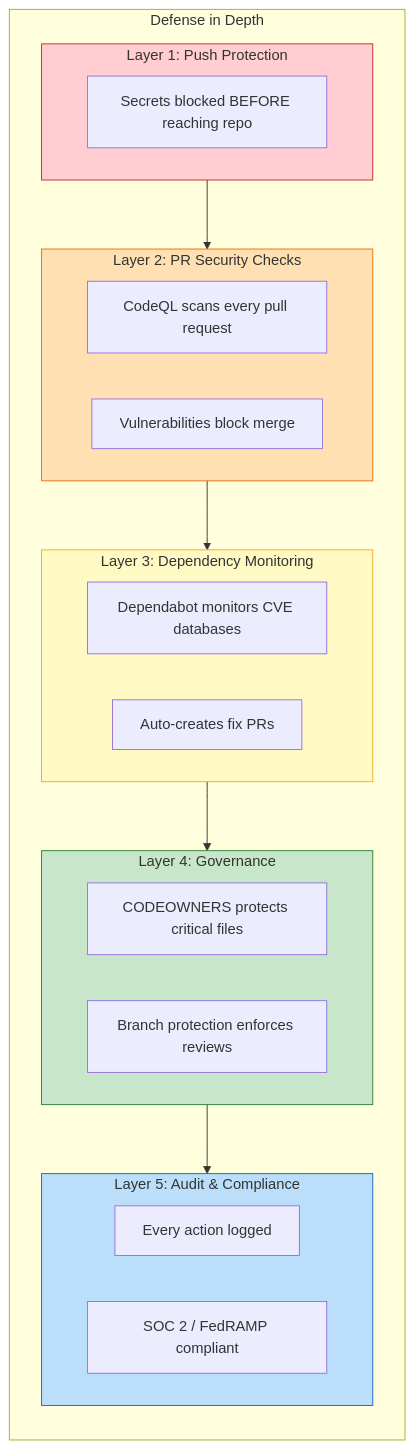
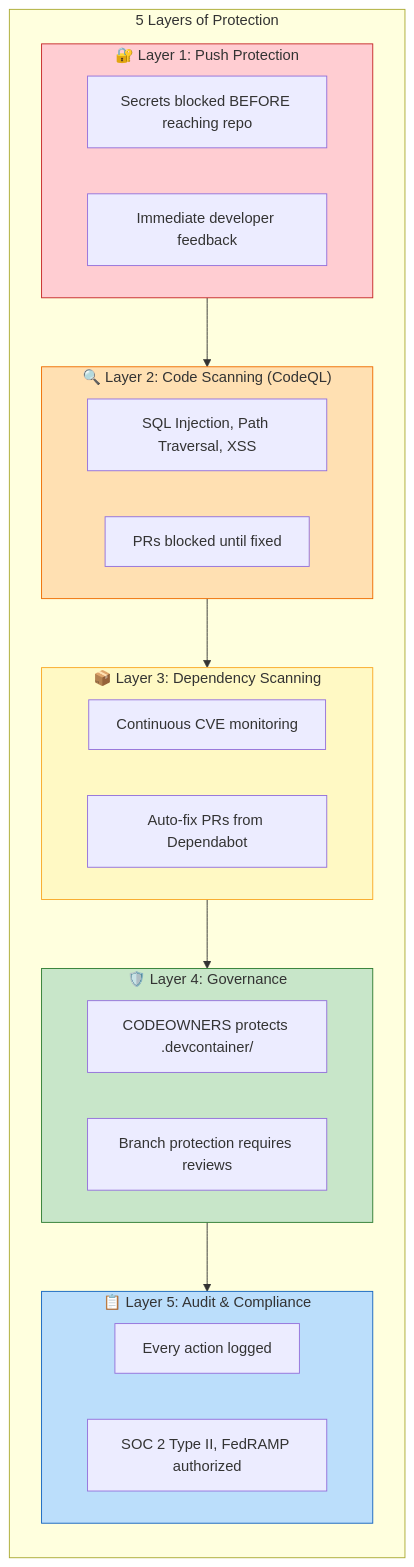
One commit to shariqh/acme-inventory-api changed the eighth of 11 diagrams in DEMO-DIAGRAMS.md. Above: the diagram before and after it, drawn with Mermaid. The commit also changed other lines of this file, not shown here.

First line of the commit message:
Update diagrams to match talk track precisely

````diff
--- a/DEMO-DIAGRAMS.md
+++ b/DEMO-DIAGRAMS.md
@@ -211,38 +293,39 @@
 ```mermaid
 flowchart TB
-    subgraph layers["Defense in Depth"]
+    subgraph layers["5 Layers of Protection"]
         direction TB
 
-        subgraph l1["Layer 1: Push Protection"]
-            push1["Secrets blocked BEFORE reaching repo"]
+        subgraph l1["🔐 Layer 1: Push Protection"]
+            l1a["Secrets blocked BEFORE reaching repo"]
+            l1b["Immediate developer feedback"]
         end
 
-        subgraph l2["Layer 2: PR Security Checks"]
-            push2["CodeQL scans every pull request"]
-            push3["Vulnerabilities block merge"]
+        subgraph l2["🔍 Layer 2: Code Scanning (CodeQL)"]
+            l2a["SQL Injection, Path Traversal, XSS"]
+            l2b["PRs blocked until fixed"]
         end
 
-        subgraph l3["Layer 3: Dependency Monitoring"]
-            push4["Dependabot monitors CVE databases"]
-            push5["Auto-creates fix PRs"]
+        subgraph l3["📦 Layer 3: Dependency Scanning"]
+            l3a["Continuous CVE monitoring"]
+            l3b["Auto-fix PRs from Dependabot"]
         end
 
-        subgraph l4["Layer 4: Governance"]
-            push6["CODEOWNERS protects critical files"]
-            push7["Branch protection enforces reviews"]
+        subgraph l4["🛡️ Layer 4: Governance"]
+            l4a["CODEOWNERS protects .devcontainer/"]
+            l4b["Branch protection requires reviews"]
         end
 
-        subgraph l5["Layer 5: Audit & Compliance"]
-            push8["Every action logged"]
-            push9["SOC 2 / FedRAMP compliant"]
+        subgraph l5["📋 Layer 5: Audit & Compliance"]
+            l5a["Every action logged"]
+            l5b["SOC 2 Type II, FedRAMP authorized"]
         end
     end
 
     l1 --> l2 --> l3 --> l4 --> l5
 
     style l1 fill:#ffcdd2,stroke:#c62828
     style l2 fill:#ffe0b2,stroke:#ef6c00
     style l3 fill:#fff9c4,stroke:#f9a825
     style l4 fill:#c8e6c9,stroke:#2e7d32
     style l5 fill:#bbdefb,stroke:#1565c0
 ```
````
